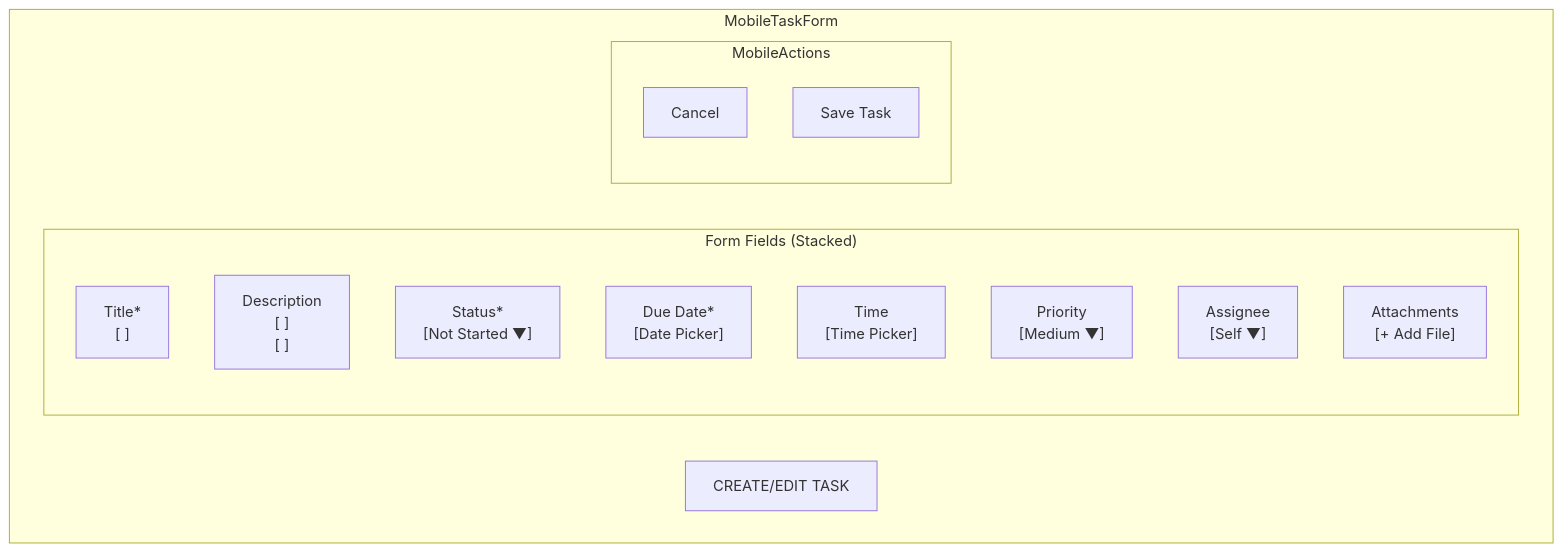
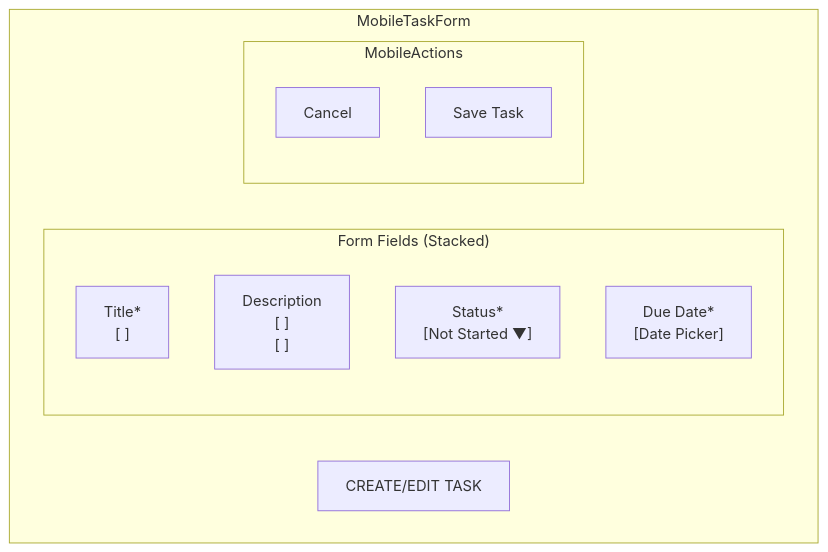
The third of 3 diagrams in docs/wireframes/tms-wireframe-task-form-v1.md (f3mi/DTS-developer-challenge), drawn with Mermaid before and after one commit. The commit also changed other lines of this file and 8 other files, not shown here.

````diff
--- a/docs/wireframes/tms-wireframe-task-form-v1.md
+++ b/docs/wireframes/tms-wireframe-task-form-v1.md
@@ -78,38 +64,26 @@
 ```mermaid
 graph TD
     subgraph MobileTaskForm
         MobileHeader["CREATE/EDIT TASK"]
         
         subgraph MobileFields["Form Fields (Stacked)"]
             MobileTitle["Title*
             [                    ]"]
             
             MobileDesc["Description
             [                    ]
             [                    ]"]
             
             MobileStatus["Status*
             [Not Started ▼]"]
             
             MobileDueDate["Due Date*
             [Date Picker]"]
-            
-            MobileDueTime["Time
-            [Time Picker]"]
-            
-            MobilePriority["Priority
-            [Medium ▼]"]
-            
-            MobileAssignee["Assignee
-            [Self ▼]"]
-            
-            MobileAttach["Attachments
-            [+ Add File]"]
         end
         
         subgraph MobileActions
             MobileCancel["Cancel"]
             MobileSave["Save Task"]
         end
     end
 ```
````
